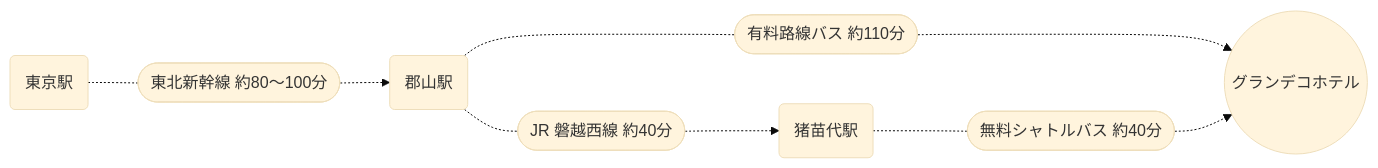
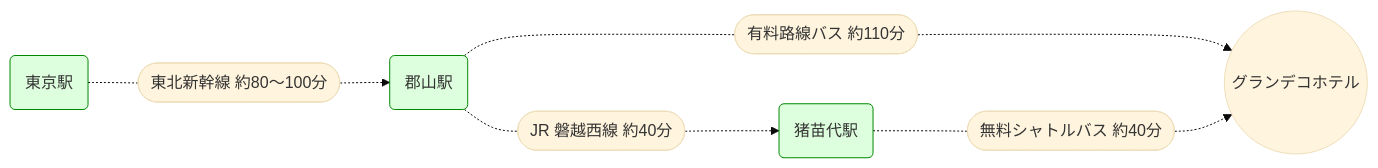
One commit to kyosuke/snowcation changed the diagram in src/content/docs/resorts/grandeco.mdx. Above: the diagram before and after it, drawn with Mermaid (base theme). The commit also changed 1 other file, not shown here.

Commit message:
Add station styling to mermaid diagrams
Updated the mermaid flowcharts in the Grandeco and Nekoma Mountain resort docs to define and apply a 'station' class for improved visual distinction of station nodes.

````diff
--- a/src/content/docs/resorts/grandeco.mdx
+++ b/src/content/docs/resorts/grandeco.mdx
@@ -96,18 +96,19 @@
 ```mermaid
 flowchart LR
-  Tokyo@{ shape: rounded, label: "東京駅" }
-  Koriyama@{ shape: rounded, label: "郡山駅" }
-  Inawashiro@{ shape: rounded, label: "猪苗代駅" }
+  classDef station fill:#0f02,stroke:#080;
+  Tokyo:::station@{ shape: rounded, label: "東京駅" }
+  Koriyama:::station@{ shape: rounded, label: "郡山駅" }
+  Inawashiro:::station@{ shape: rounded, label: "猪苗代駅" }
 
   Shinkansen@{ shape: stadium, label: "東北新幹線 約80〜100分" }
   Bus@{ shape: stadium, label: "有料路線バス 約110分" }
   JR@{ shape: stadium, label: "JR 磐越西線 約40分" }
   ShuttleBus@{ shape: stadium, label: "無料シャトルバス 約40分" }
 
   Grandeco@{ shape: circle, label: "グランデコホテル" }
 
   Tokyo -.- Shinkansen -.-> Koriyama
   Koriyama -..- Bus -..-> Grandeco
   Koriyama -.- JR -.-> Inawashiro
   Inawashiro -.- ShuttleBus -.-> Grandeco
 ```
````
